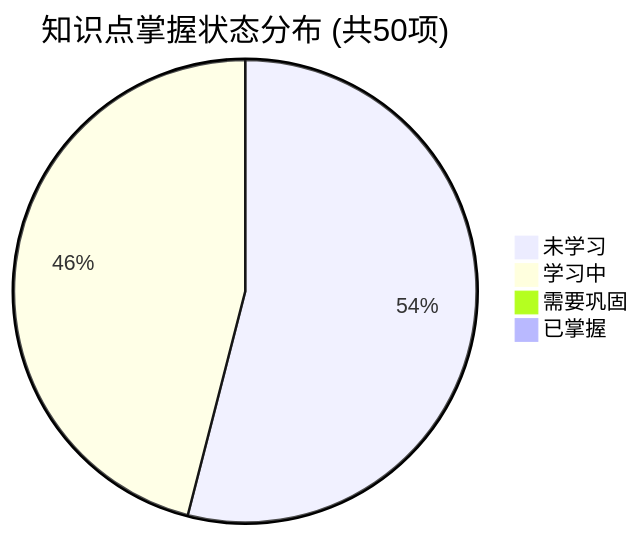
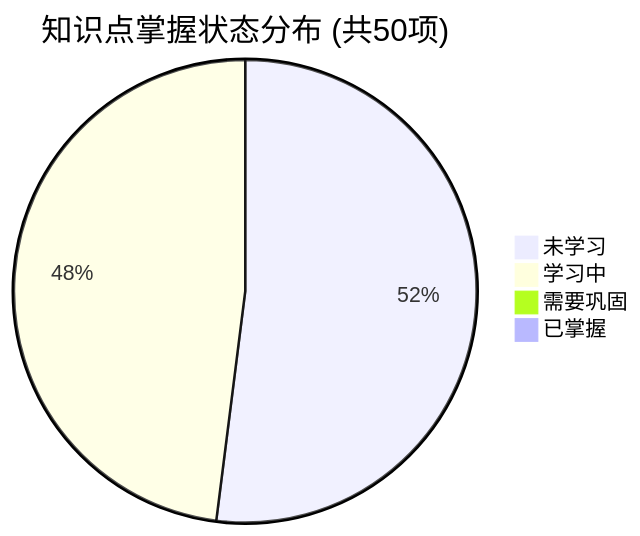
One commit to tieke1121/tech-interview-knowledge-base changed the first of 2 diagrams in PROGRESS.md. Above: the diagram before and after it, drawn with Mermaid. The commit also changed other lines of this file and 1 other file, not shown here.

````diff
--- a/PROGRESS.md
+++ b/PROGRESS.md
@@ -23,7 +23,7 @@
 ```mermaid
 pie title 知识点掌握状态分布 (共50项)
-    "未学习" : 27
-    "学习中" : 23
+    "未学习" : 26
+    "学习中" : 24
     "需要巩固" : 0
     "已掌握" : 0
 ```
````
